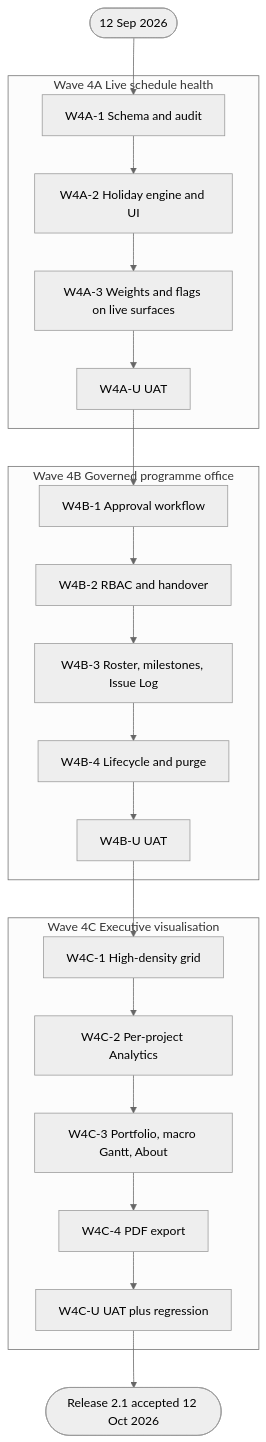
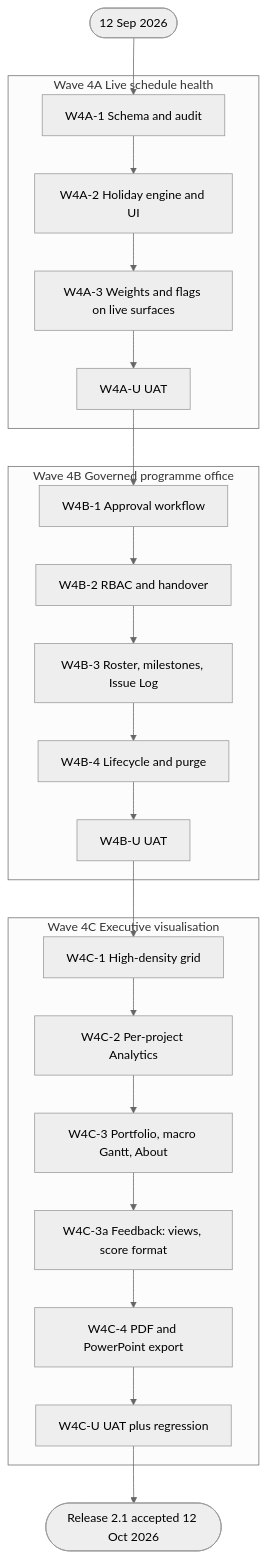
Before and after one commit to yugoananda-pg/simple-project-task-tracker-v21-cursor: the second of 2 diagrams in doc/dev_req.md, drawn with Mermaid (neutral theme). The commit also changed other lines of this file and 89 other files, not shown here.

````diff
--- a/doc/dev_req.md
+++ b/doc/dev_req.md
@@ -1364,30 +1430,31 @@
 ```mermaid
 flowchart TD
     Start([12 Sep 2026]) --> A1
     subgraph W4A[Wave 4A Live schedule health]
         A1["W4A-1 Schema and audit"]
         A2["W4A-2 Holiday engine and UI"]
         A3["W4A-3 Weights and flags on live surfaces"]
         AU["W4A-U UAT"]
         A1 --> A2 --> A3 --> AU
     end
     AU --> B1
     subgraph W4B[Wave 4B Governed programme office]
         B1["W4B-1 Approval workflow"]
         B2["W4B-2 RBAC and handover"]
         B3["W4B-3 Roster, milestones, Issue Log"]
         B4["W4B-4 Lifecycle and purge"]
         BU["W4B-U UAT"]
         B1 --> B2 --> B3 --> B4 --> BU
     end
     BU --> C1
     subgraph W4C[Wave 4C Executive visualisation]
         C1["W4C-1 High-density grid"]
         C2["W4C-2 Per-project Analytics"]
         C3["W4C-3 Portfolio, macro Gantt, About"]
-        C4["W4C-4 PDF export"]
+        C3a["W4C-3a Feedback: views, score format"]
+        C4["W4C-4 PDF and PowerPoint export"]
         CU["W4C-U UAT plus regression"]
-        C1 --> C2 --> C3 --> C4 --> CU
+        C1 --> C2 --> C3 --> C3a --> C4 --> CU
     end
     CU --> Done([Release 2.1 accepted 12 Oct 2026])
 ```
````
